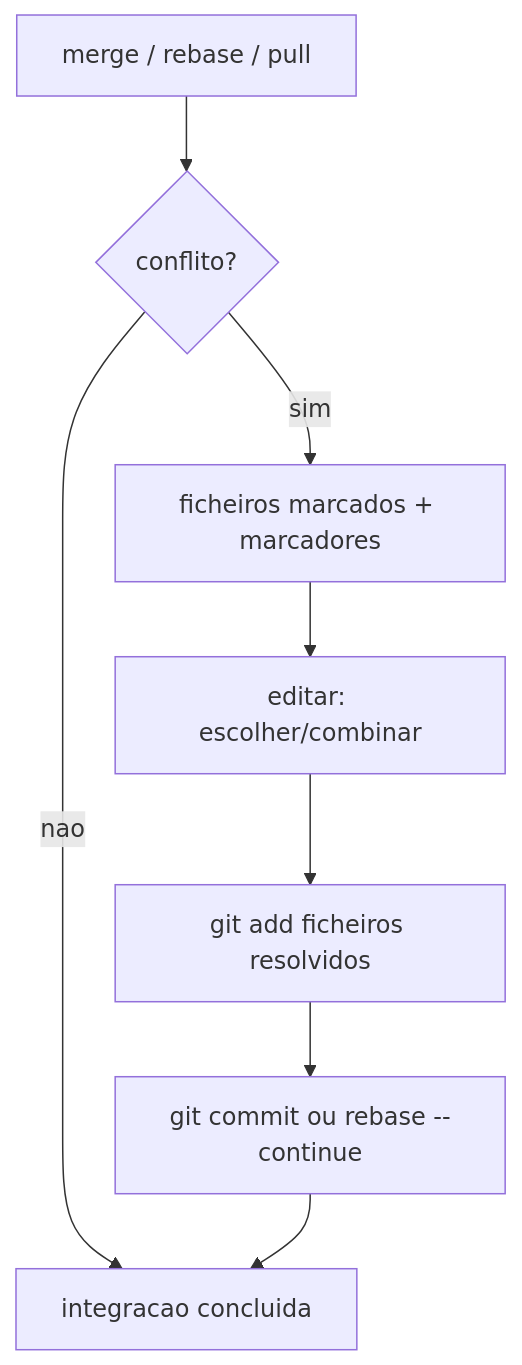
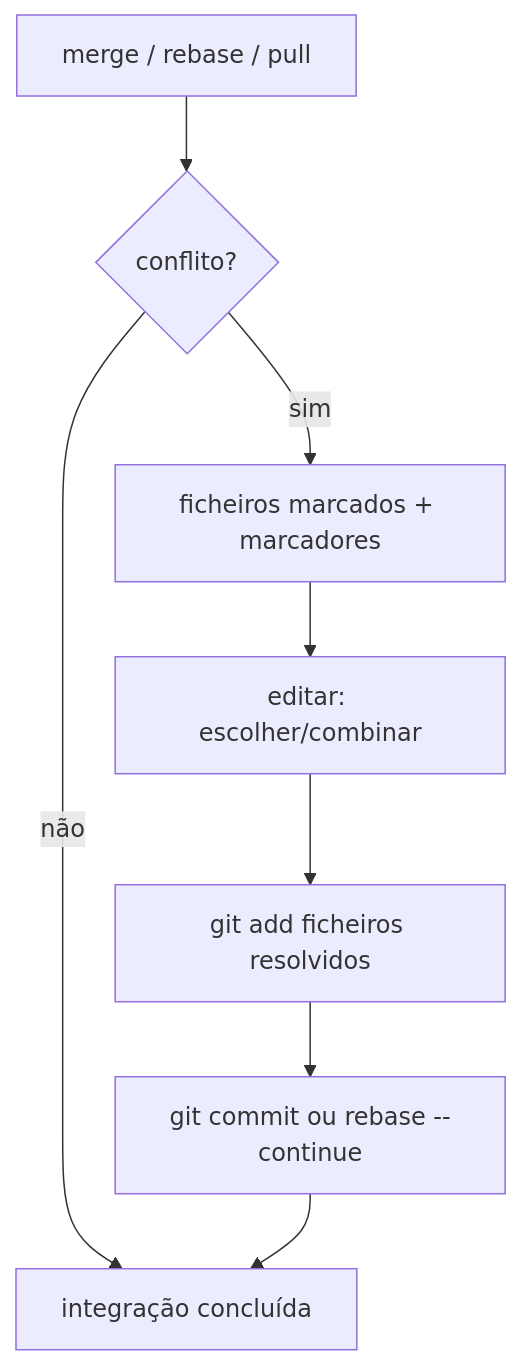
One commit to BerniloBernardo-boot/Git-e-GitHub changed the diagram in 07-Resolucao-de-Conflitos/01-conflitos-e-recuperacao.md. Above: the diagram before and after it, drawn with Mermaid. The commit also changed 13 other files, not shown here.

Commit message:
docs: traduz elementos explicativos dos diagramas para PT-PT

````diff
--- a/07-Resolucao-de-Conflitos/01-conflitos-e-recuperacao.md
+++ b/07-Resolucao-de-Conflitos/01-conflitos-e-recuperacao.md
@@ -12,10 +12,10 @@
 ```mermaid
 flowchart TB
     S["merge / rebase / pull"] --> C{"conflito?"}
-    C -->|nao| OK["integracao concluida"]
+    C -->|não| OK["integração concluída"]
     C -->|sim| M["ficheiros marcados + marcadores"]
     M --> E["editar: escolher/combinar"]
     E --> A["git add ficheiros resolvidos"]
     A --> F["git commit ou rebase --continue"]
     F --> OK
 ```
````
